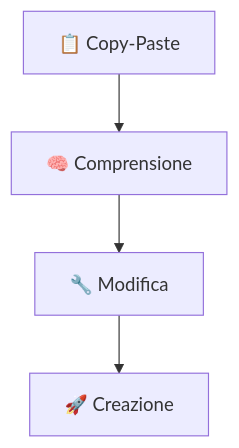
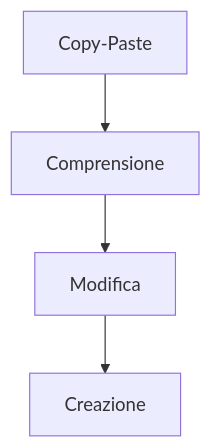
Before and after one commit to freshgr4m/claude-code-trucchi-nascosti: the second of 2 diagrams in README.md, drawn with Mermaid. The commit also changed other lines of this file, not shown here.

````diff
--- a/README.md
+++ b/README.md
@@ -327,6 +339,6 @@
 ```mermaid
 graph TD
-    A[📋 Copy-Paste] --> B[🧠 Comprensione]
-    B --> C[🔧 Modifica]
-    C --> D[🚀 Creazione]
+    A[Copy-Paste] --> B[Comprensione]
+    B --> C[Modifica]
+    C --> D[Creazione]
 ```
````
